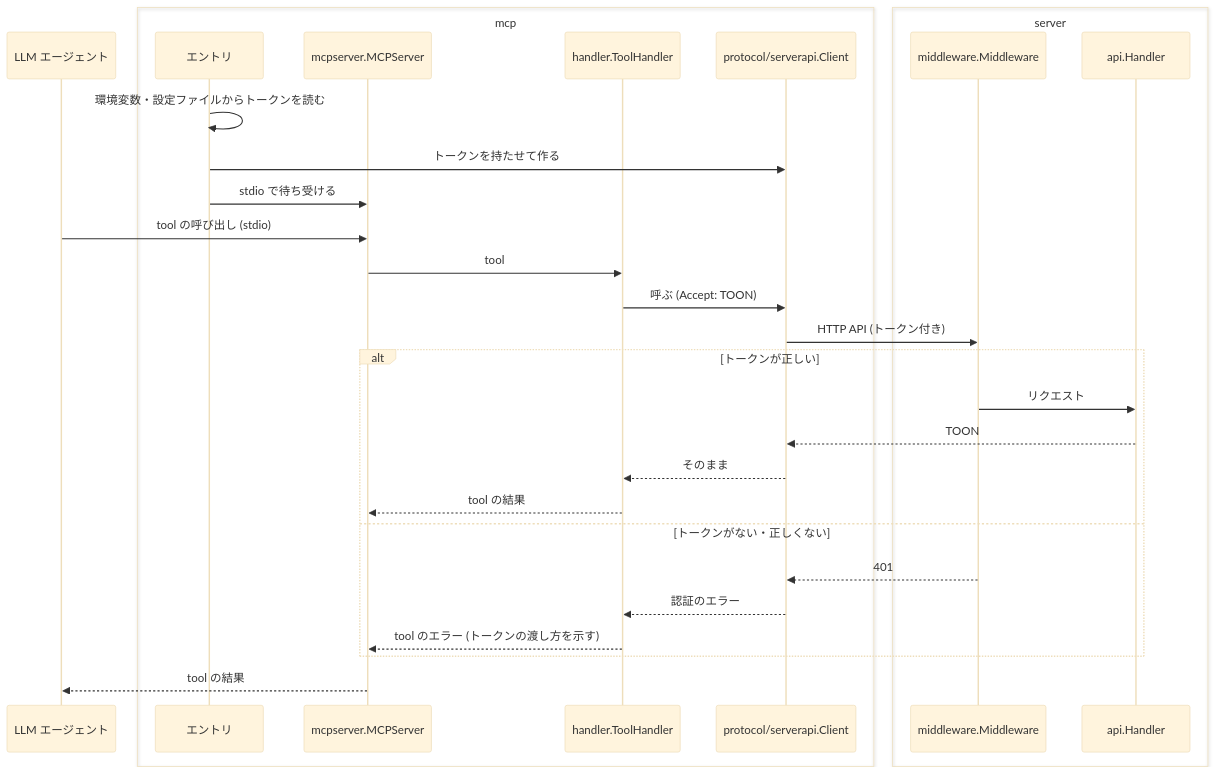
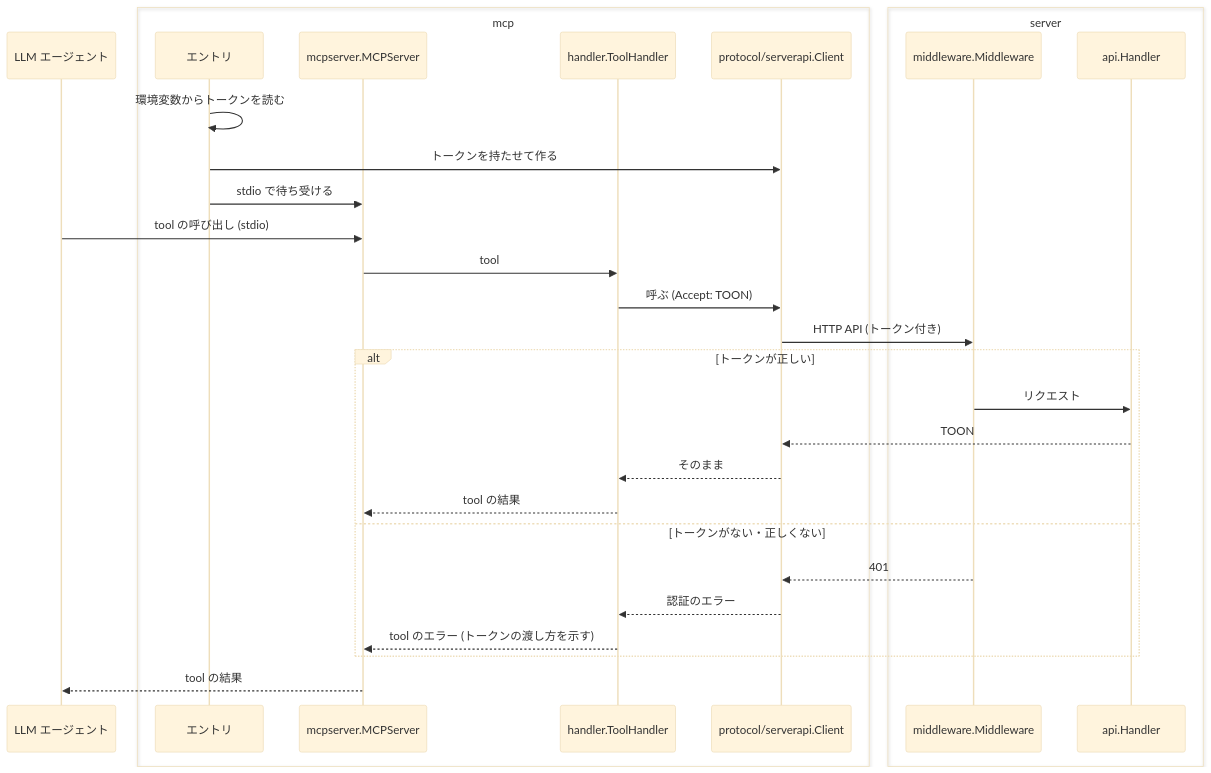
One commit to kakkky/gorviz changed diagram 14 of 14 in docs/architecture.md. Above: the diagram before and after it, drawn with Mermaid (base theme). The commit also changed other lines of this file and 3 other files, not shown here.

````diff
--- a/docs/architecture.md
+++ b/docs/architecture.md
@@ -529,33 +480,33 @@
 ```mermaid
 sequenceDiagram
     participant L as LLM エージェント
     box mcp
         participant E as エントリ
         participant D as mcpserver.MCPServer
         participant P as handler.ToolHandler
         participant C as protocol/serverapi.Client
     end
     box server
         participant M as middleware.Middleware
         participant S as api.Handler
     end
 
-    E->>E: 環境変数・設定ファイルからトークンを読む
+    E->>E: 環境変数からトークンを読む
     E->>C: トークンを持たせて作る
     E->>D: stdio で待ち受ける
     L->>D: tool の呼び出し (stdio)
     D->>P: tool
     P->>C: 呼ぶ (Accept: TOON)
     C->>M: HTTP API (トークン付き)
     alt トークンが正しい
         M->>S: リクエスト
         S-->>C: TOON
         C-->>P: そのまま
         P-->>D: tool の結果
     else トークンがない・正しくない
         M-->>C: 401
         C-->>P: 認証のエラー
         P-->>D: tool のエラー (トークンの渡し方を示す)
     end
     D-->>L: tool の結果
 ```
````
